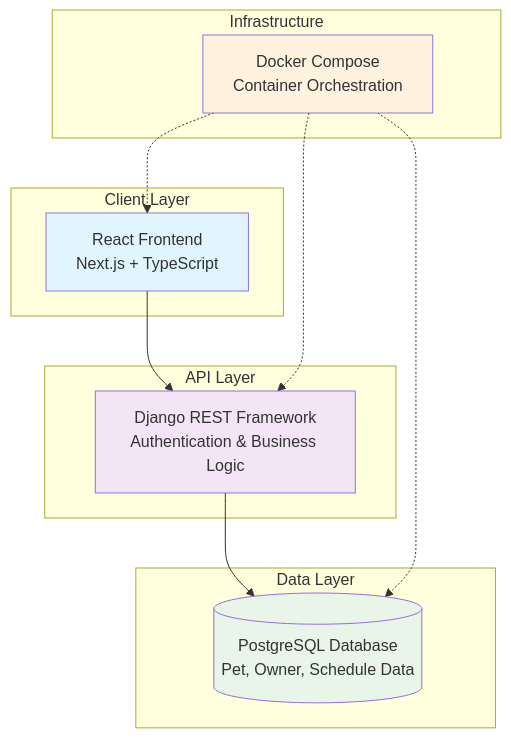
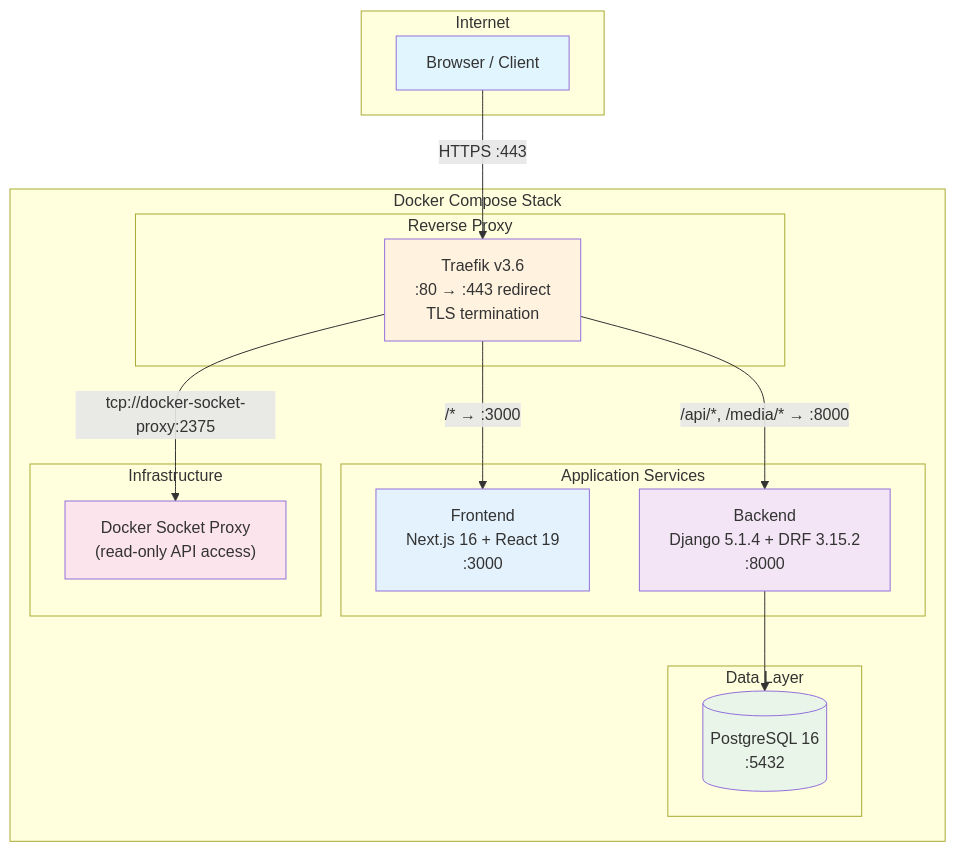
One commit to maxi3390/happydogs-calendar changed the first of 10 diagrams in docs/docs/architecture.md. Above: the diagram before and after it, drawn with Mermaid. The commit also changed other lines of this file and 42 other files, not shown here.

````diff
--- a/docs/docs/architecture.md
+++ b/docs/docs/architecture.md
@@ -9,29 +13,38 @@
 ```mermaid
 graph TB
-    subgraph "Client Layer"
-        UI[React Frontend<br/>Next.js + TypeScript]
+    subgraph "Internet"
+        Client[Browser / Client]
     end
 
-    subgraph "API Layer"
-        API[Django REST Framework<br/>Authentication & Business Logic]
+    subgraph "Docker Compose Stack"
+        subgraph "Reverse Proxy"
+            Traefik["Traefik v3.6<br/>:80 → :443 redirect<br/>TLS termination"]
+        end
+
+        subgraph "Application Services"
+            Frontend["Frontend<br/>Next.js 16 + React 19<br/>:3000"]
+            Backend["Backend<br/>Django 5.1.4 + DRF 3.15.2<br/>:8000"]
+        end
+
+        subgraph "Data Layer"
+            DB[("PostgreSQL 16<br/>:5432")]
+        end
+
+        subgraph "Infrastructure"
+            SocketProxy["Docker Socket Proxy<br/>(read-only API access)"]
+        end
     end
 
-    subgraph "Data Layer"
-        DB[(PostgreSQL Database<br/>Pet, Owner, Schedule Data)]
-    end
+    Client -->|"HTTPS :443"| Traefik
+    Traefik -->|"/* → :3000"| Frontend
+    Traefik -->|"/api/*, /media/* → :8000"| Backend
+    Traefik -->|"tcp://docker-socket-proxy:2375"| SocketProxy
+    Backend --> DB
 
-    subgraph "Infrastructure"
-        Docker[Docker Compose<br/>Container Orchestration]
-    end
-
-    UI --> API
-    API --> DB
-    Docker -.-> UI
-    Docker -.-> API
-    Docker -.-> DB
-
-    style UI fill:#e1f5fe
-    style API fill:#f3e5f5
+    style Client fill:#e1f5fe
+    style Traefik fill:#fff3e0
+    style Frontend fill:#e3f2fd
+    style Backend fill:#f3e5f5
     style DB fill:#e8f5e8
-    style Docker fill:#fff3e0
+    style SocketProxy fill:#fce4ec
 ```
````
